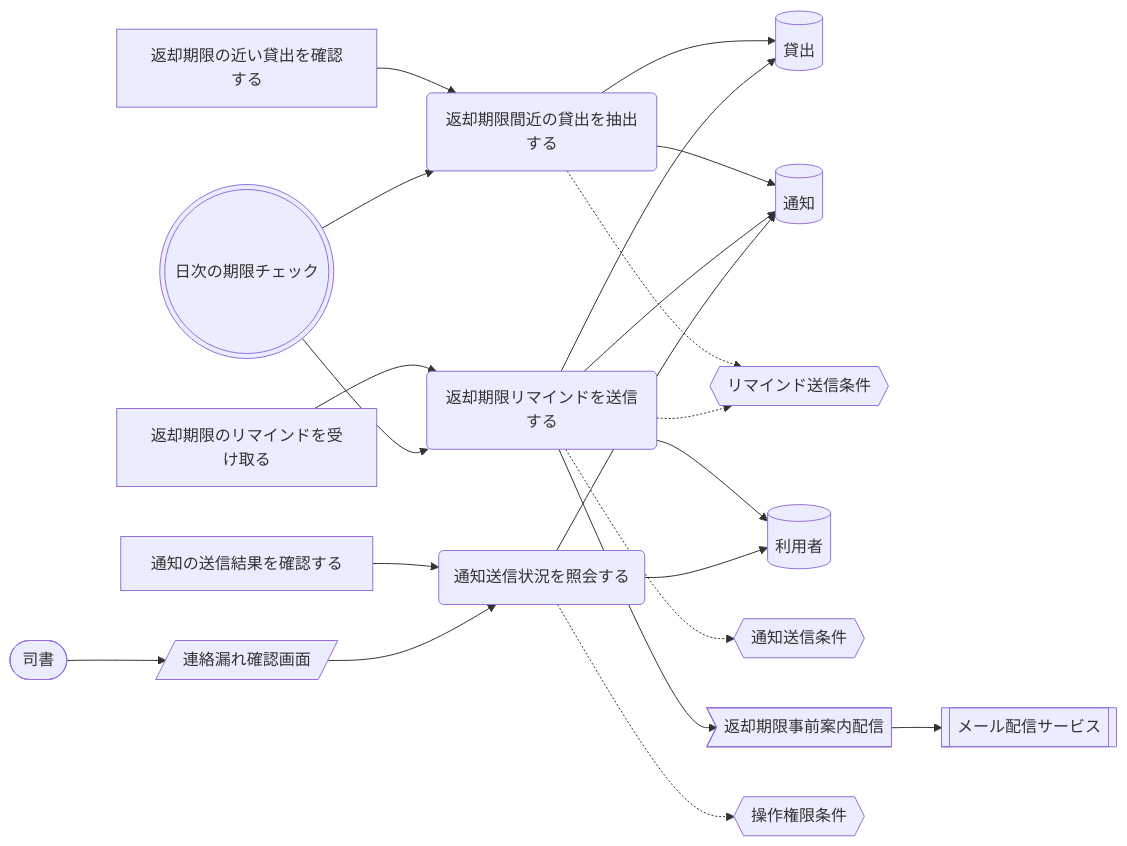
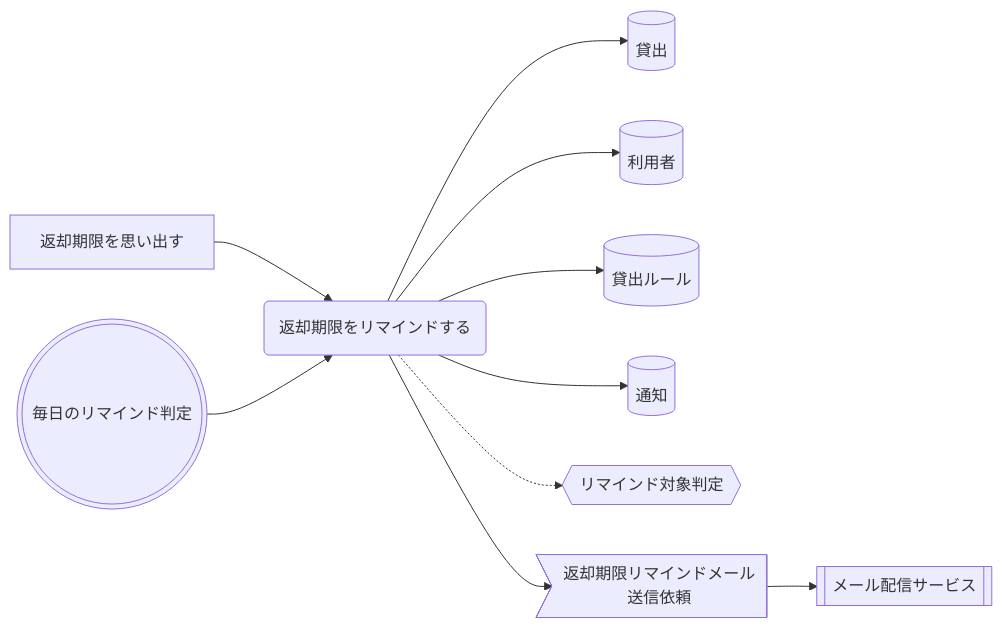
Before and after one commit to suwa-sh/suwa-sh-claude-plugins: the eighth of 11 diagrams in samples/distillery2/library-loan/docs/requirements/rdra/views/04_UC複合図.md, drawn with Mermaid. The commit also changed other lines of this file and 249 other files, not shown here.

````diff
--- a/samples/distillery2/library-loan/docs/requirements/rdra/views/04_UC複合図.md
+++ b/samples/distillery2/library-loan/docs/requirements/rdra/views/04_UC複合図.md
@@ -345,40 +298,22 @@
 ```mermaid
 graph LR
-  UC1("返却期限間近の貸出を抽出する")
-  AT1["返却期限の近い貸出を確認する"]
+  UC1("返却期限をリマインドする")
+  AT1["返却期限を思い出す"]
   IF1[("貸出")]
-  IF2[("通知")]
-  CD1{{"リマインド送信条件"}}
-  TM1((("日次の期限チェック")))
-  UC2("返却期限リマインドを送信する")
-  AT2["返却期限のリマインドを受け取る"]
-  IF3[("利用者")]
-  CD2{{"通知送信条件"}}
-  EV1>"返却期限事前案内配信"]
+  IF2[("利用者")]
+  IF3[("貸出ルール")]
+  IF4[("通知")]
+  CD1{{"リマインド対象判定"}}
+  TM1((("毎日のリマインド判定")))
+  EV1>"返却期限リマインドメール送信依頼"]
   EX1[["メール配信サービス"]]
-  UC3("通知送信状況を照会する")
-  AT3["通知の送信結果を確認する"]
-  CD3{{"操作権限条件"}}
-  SC1[/"連絡漏れ確認画面"/]
-  AC1(["司書"])
   AT1 --> UC1
   UC1 --> IF1
   UC1 --> IF2
+  UC1 --> IF3
+  UC1 --> IF4
   UC1 -.-> CD1
   TM1 --> UC1
-  AT2 --> UC2
-  UC2 --> IF2
-  UC2 --> IF1
-  UC2 --> IF3
-  UC2 -.-> CD1
-  UC2 -.-> CD2
-  TM1 --> UC2
-  UC2 --> EV1
+  UC1 --> EV1
   EV1 --> EX1
-  AT3 --> UC3
-  UC3 --> IF2
-  UC3 --> IF3
-  UC3 -.-> CD3
-  AC1 --> SC1
-  SC1 --> UC3
 ```
````
